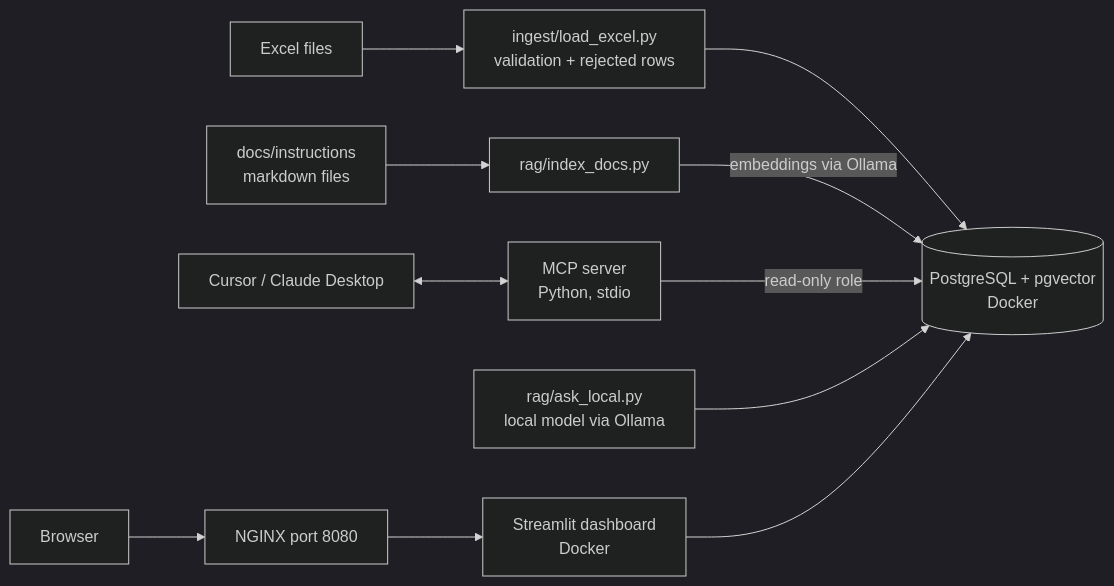
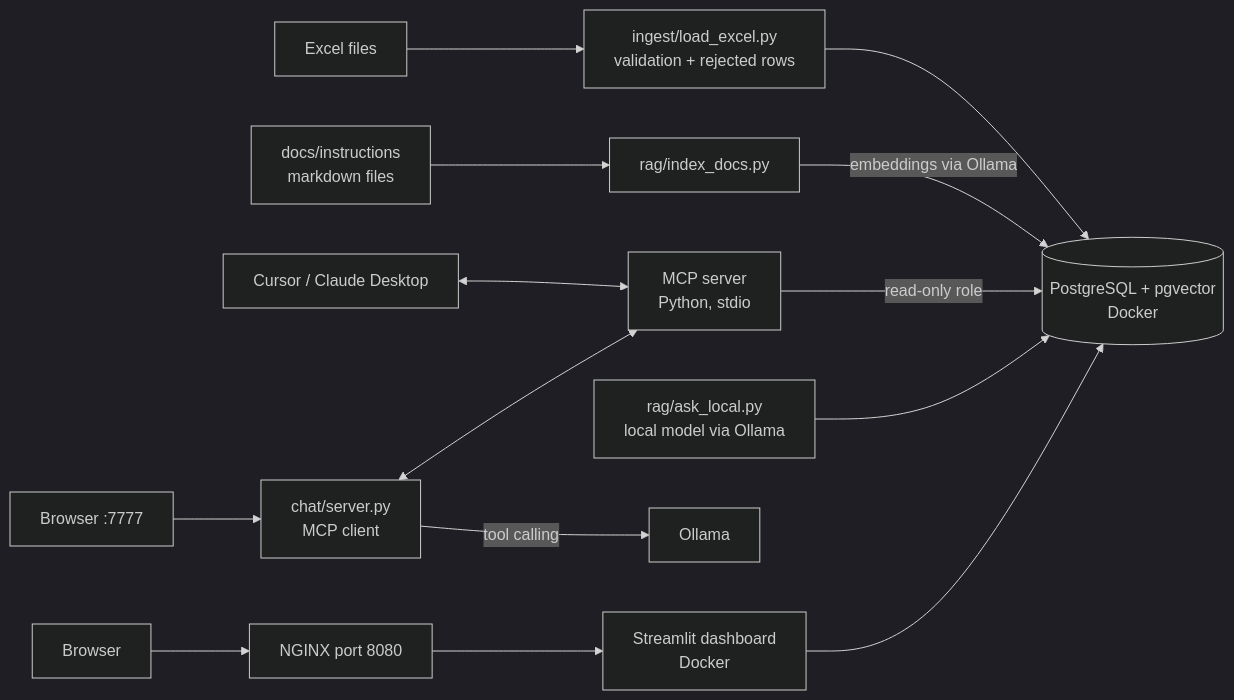
One commit to AlenK77777/factory-ai-assistant changed the diagram in PROJECT.md. Above: the diagram before and after it, drawn with Mermaid (dark theme). The commit also changed other lines of this file and 11 other files, not shown here.

````diff
--- a/PROJECT.md
+++ b/PROJECT.md
@@ -25,12 +25,15 @@
 ```mermaid
 flowchart LR
     XL[Excel files] --> ING[ingest/load_excel.py<br/>validation + rejected rows]
     ING --> DB[(PostgreSQL + pgvector<br/>Docker)]
     DOCS[docs/instructions<br/>markdown files] --> IDX[rag/index_docs.py]
     IDX -->|embeddings via Ollama| DB
     CLIENT[Cursor / Claude Desktop] <--> MCP[MCP server<br/>Python, stdio]
     MCP -->|read-only role| DB
     LOCAL[rag/ask_local.py<br/>local model via Ollama] --> DB
+    EMP[Browser :7777] --> CHAT[chat/server.py<br/>MCP client]
+    CHAT <--> MCP
+    CHAT -->|tool calling| OLLAMA[Ollama]
     USER[Browser] --> NGINX[NGINX port 8080] --> DASH[Streamlit dashboard<br/>Docker]
     DASH --> DB
 ```
````
